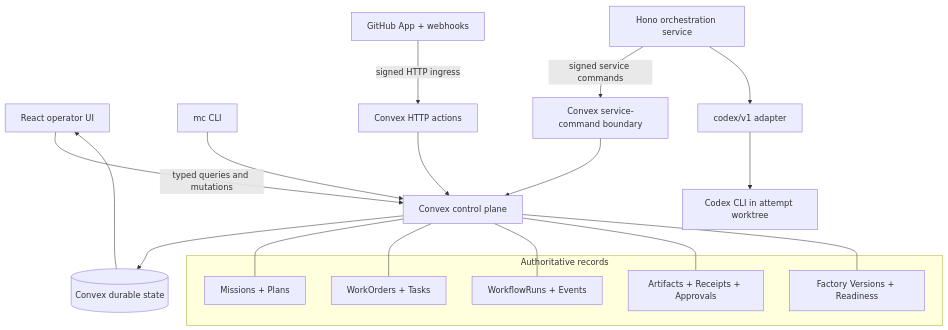
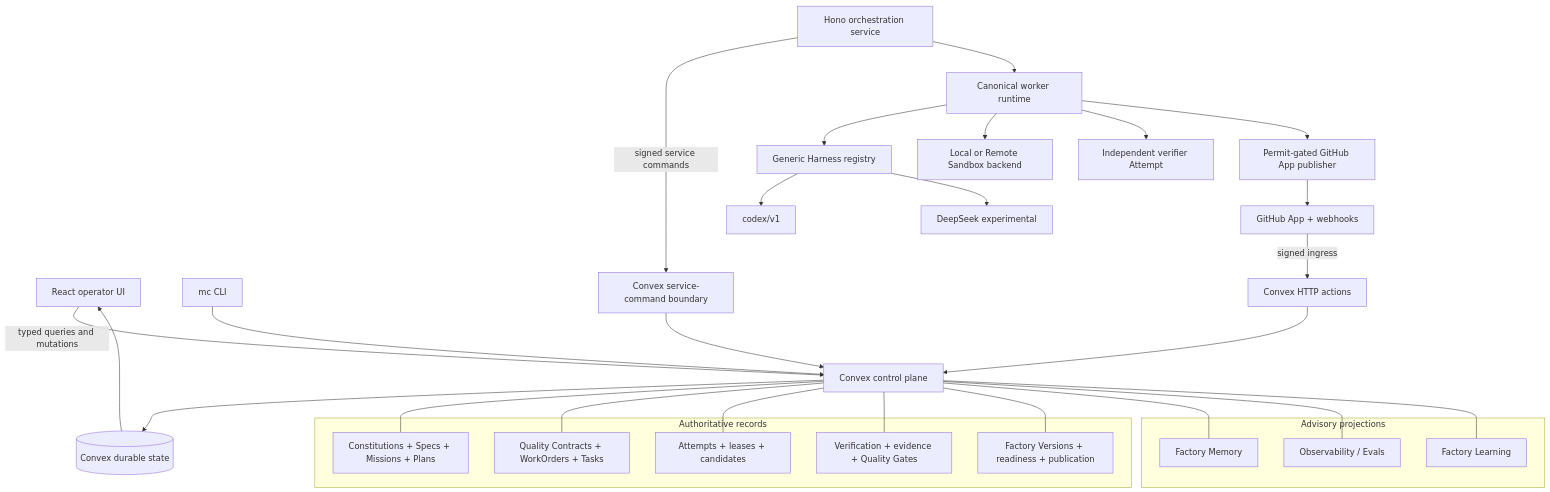
One commit to challenge456/MissionControl changed the second of 2 diagrams in README.md. Above: the diagram before and after it, drawn with Mermaid. The commit also changed other lines of this file, not shown here.

Commit message:
docs: refresh current architecture and capabilities

````diff
--- a/README.md
+++ b/README.md
@@ -573,30 +751,46 @@
 ```mermaid
 flowchart TB
     UI["React operator UI"] -->|typed queries and mutations| CX["Convex control plane"]
     CLI["mc CLI"] --> CX
 
-    GH["GitHub App + webhooks"] -->|signed HTTP ingress| HTTP["Convex HTTP actions"]
+    GH["GitHub App + webhooks"] -->|signed ingress| HTTP["Convex HTTP actions"]
     HTTP --> CX
 
     ORCH["Hono orchestration service"] -->|signed service commands| SC["Convex service-command boundary"]
     SC --> CX
-    ORCH --> ADAPTER["codex/v1 adapter"]
-    ADAPTER --> CODEX["Codex CLI in attempt worktree"]
+    ORCH --> WORKER["Canonical worker runtime"]
+    WORKER --> REG["Generic Harness registry"]
+    REG --> CODEX["codex/v1"]
+    REG --> DEEP["DeepSeek experimental"]
+    WORKER --> SBX["Local or Remote Sandbox backend"]
+    WORKER --> VER["Independent verifier Attempt"]
+    WORKER --> PUB["Permit-gated GitHub App publisher"]
+    PUB --> GH
 
     CX --> DB[("Convex durable state")]
     DB --> UI
 
     subgraph "Authoritative records"
-      M["Missions + Plans"]
-      W["WorkOrders + Tasks"]
-      R["WorkflowRuns + Events"]
-      E["Artifacts + Receipts + Approvals"]
-      F["Factory Versions + Readiness"]
+      M["Constitutions + Specs + Missions + Plans"]
+      Q["Quality Contracts + WorkOrders + Tasks"]
+      R["Attempts + leases + candidates"]
+      V["Verification + evidence + Quality Gates"]
+      F["Factory Versions + readiness + publication"]
     end
 
     CX --- M
-    CX --- W
+    CX --- Q
     CX --- R
-    CX --- E
+    CX --- V
     CX --- F
+
+    subgraph "Advisory projections"
+      MEM["Factory Memory"]
+      OBS["Observability / Evals"]
+      LEARN["Factory Learning"]
+    end
+
+    CX --- MEM
+    CX --- OBS
+    CX --- LEARN
 ```
````
